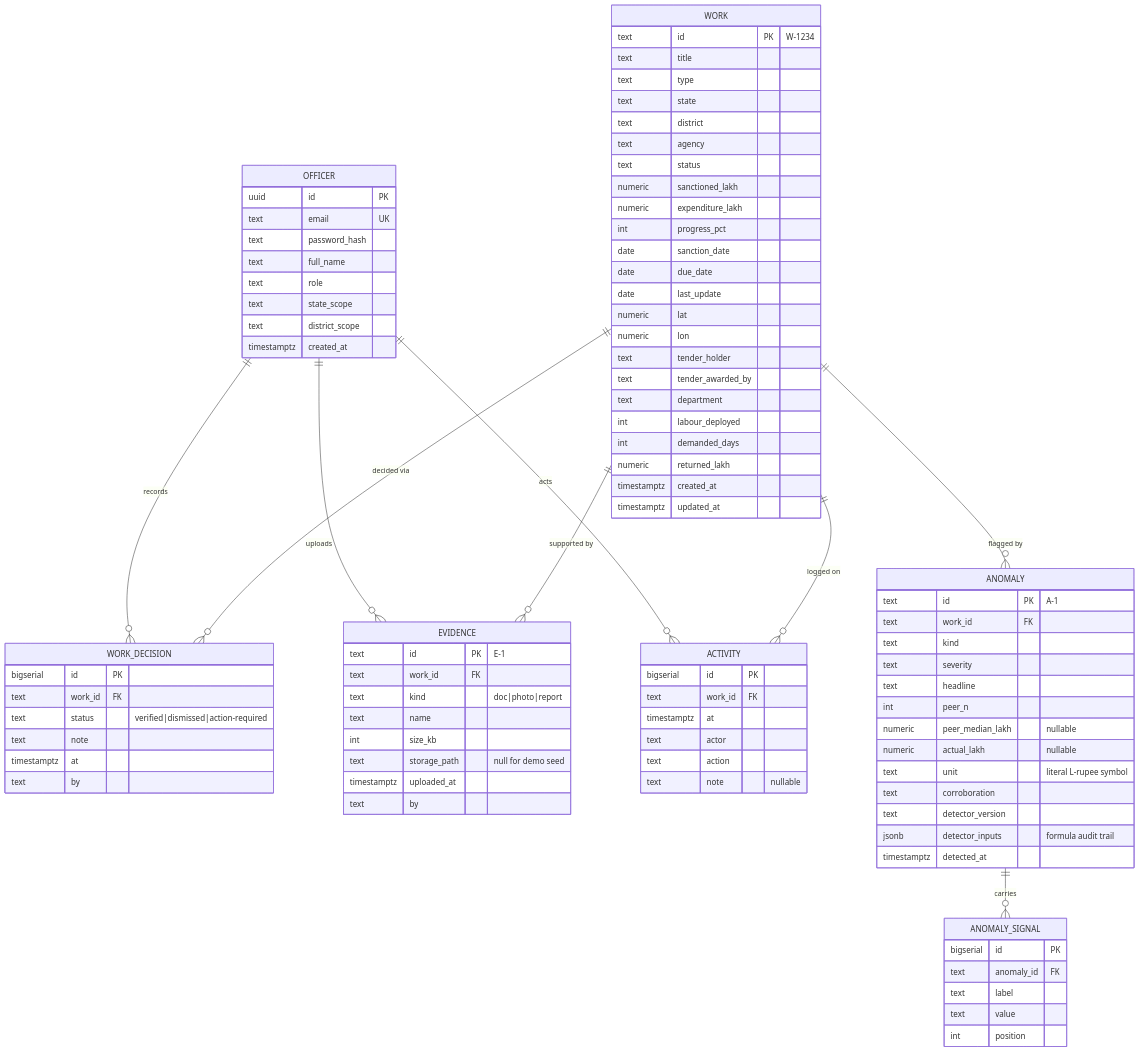
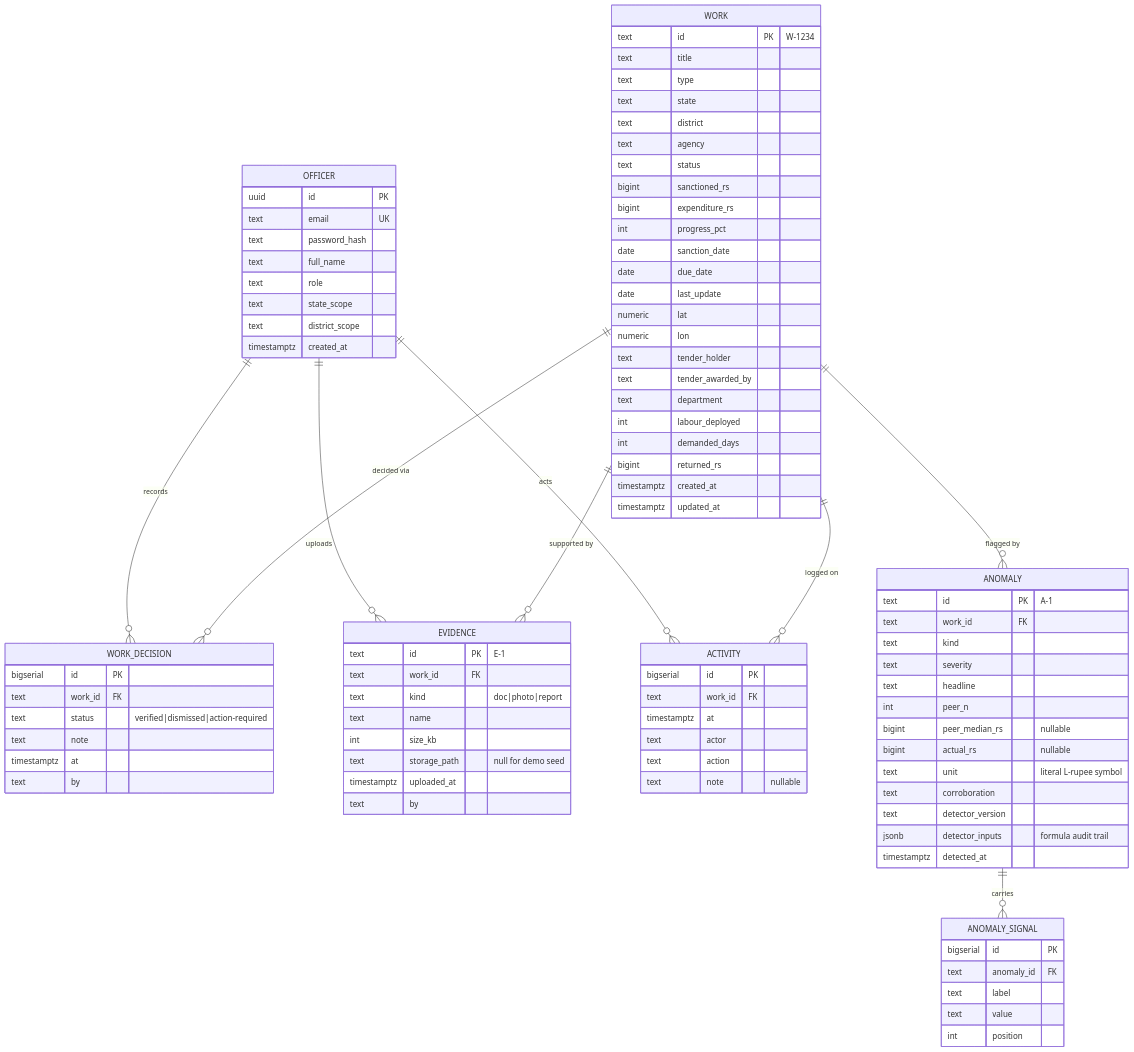
Before and after one commit to aditya452007/26102: the diagram in context/backend/data-model.md, drawn with Mermaid. The commit also changed other lines of this file and 77 other files, not shown here.

```diff
--- a/context/backend/data-model.md
+++ b/context/backend/data-model.md
@@ -38,8 +39,8 @@
         text district
         text agency
         text status
-        numeric sanctioned_lakh
-        numeric expenditure_lakh
+        bigint sanctioned_rs
+        bigint expenditure_rs
         int progress_pct
         date sanction_date
         date due_date
@@ -51,7 +52,7 @@
         text department
         int labour_deployed
         int demanded_days
-        numeric returned_lakh
+        bigint returned_rs
         timestamptz created_at
         timestamptz updated_at
     }
@@ -62,8 +63,8 @@
         text severity
         text headline
         int peer_n
-        numeric peer_median_lakh "nullable"
-        numeric actual_lakh "nullable"
+        bigint peer_median_rs "nullable"
+        bigint actual_rs "nullable"
         text unit "literal L-rupee symbol"
         text corroboration
         text detector_version
```
